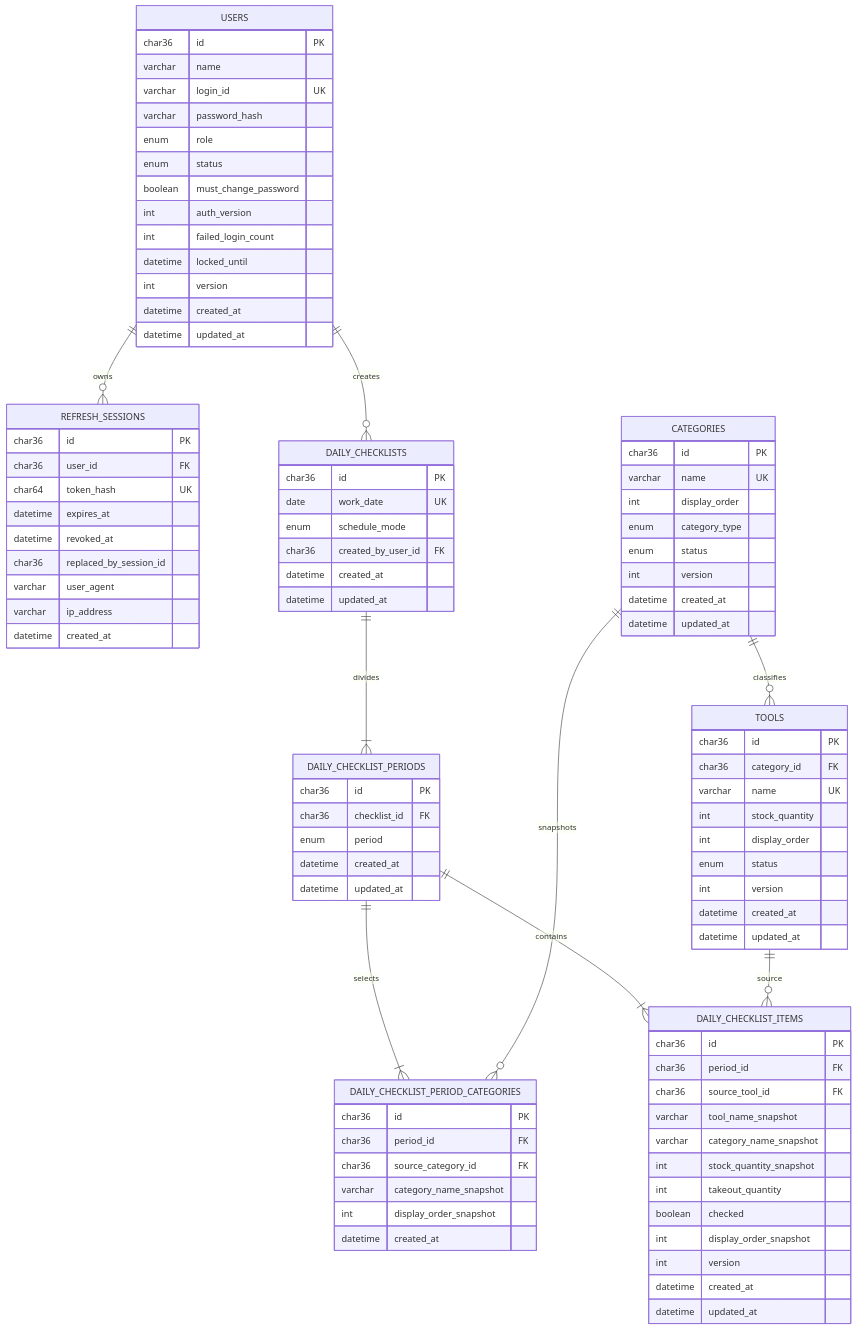
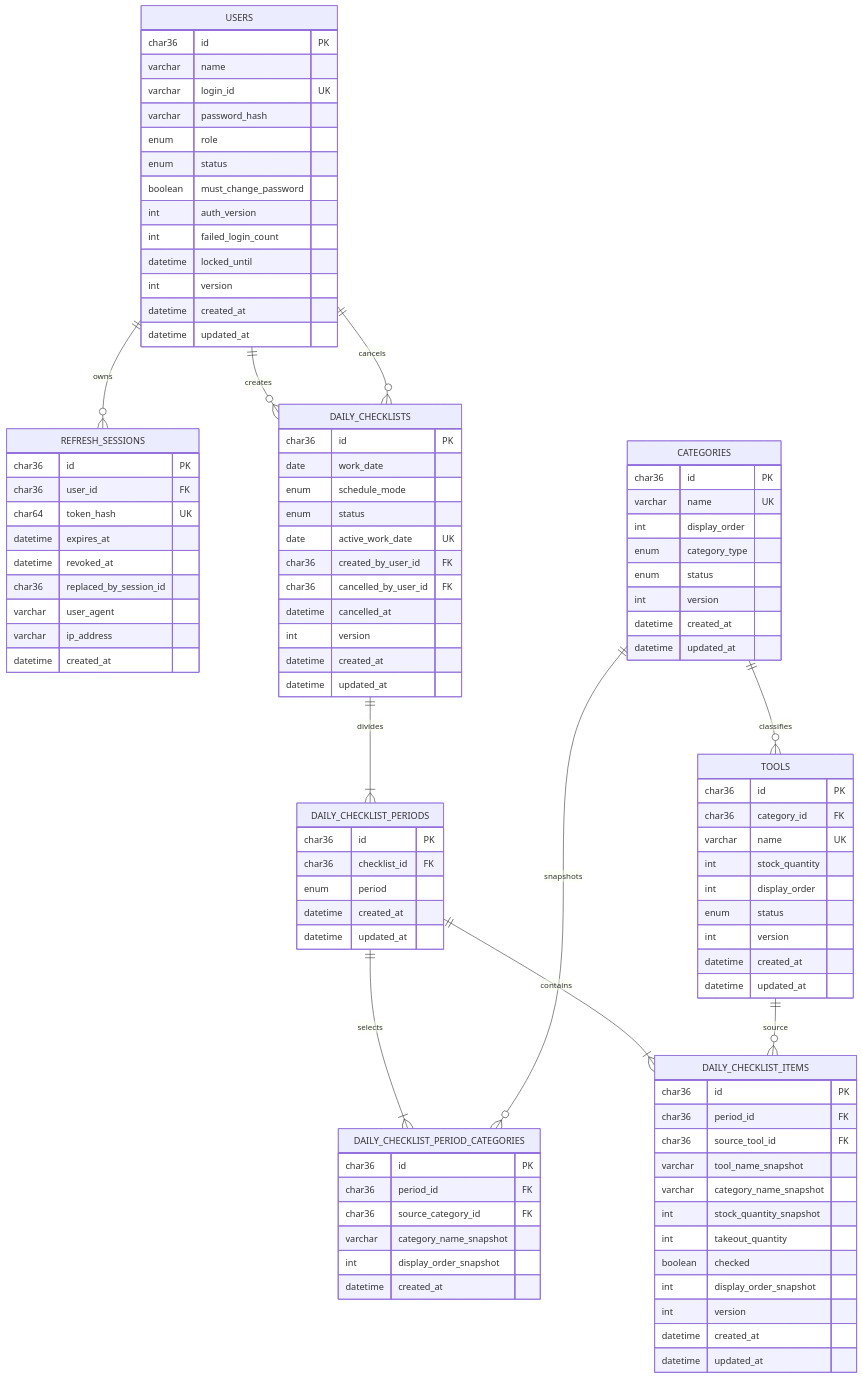
One commit to Hiroyuki-12/FieldFlow changed the diagram in docs/design/database.md. Above: the diagram before and after it, drawn with Mermaid. The commit also changed 14 other files, not shown here.

```diff
--- a/docs/design/database.md
+++ b/docs/design/database.md
@@ -13,6 +13,7 @@
 erDiagram
     USERS ||--o{ REFRESH_SESSIONS : owns
     USERS ||--o{ DAILY_CHECKLISTS : creates
+    USERS ||--o{ DAILY_CHECKLISTS : cancels
     CATEGORIES ||--o{ TOOLS : classifies
     DAILY_CHECKLISTS ||--|{ DAILY_CHECKLIST_PERIODS : divides
     DAILY_CHECKLIST_PERIODS ||--|{ DAILY_CHECKLIST_PERIOD_CATEGORIES : selects
@@ -69,9 +70,14 @@
     }
     DAILY_CHECKLISTS {
       char36 id PK
-      date work_date UK
+      date work_date
       enum schedule_mode
+      enum status
+      date active_work_date UK
       char36 created_by_user_id FK
+      char36 cancelled_by_user_id FK
+      datetime cancelled_at
+      int version
       datetime created_at
       datetime updated_at
     }
```
